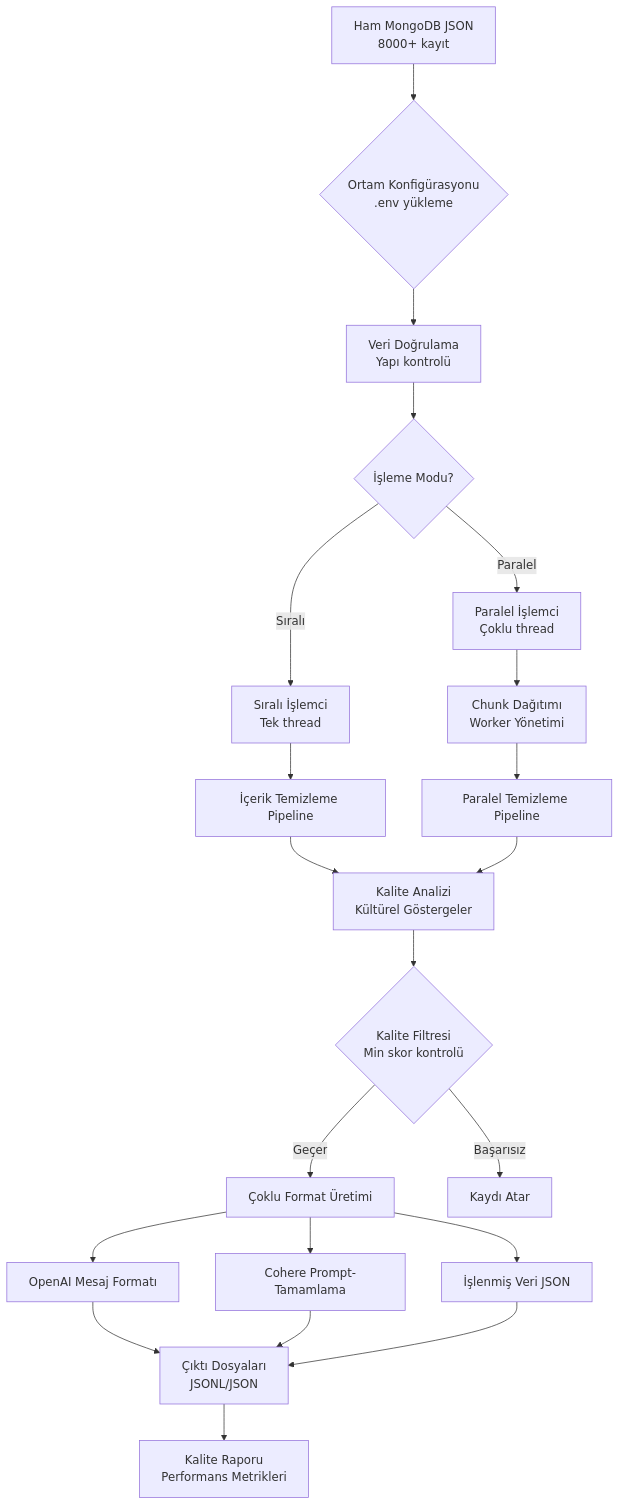
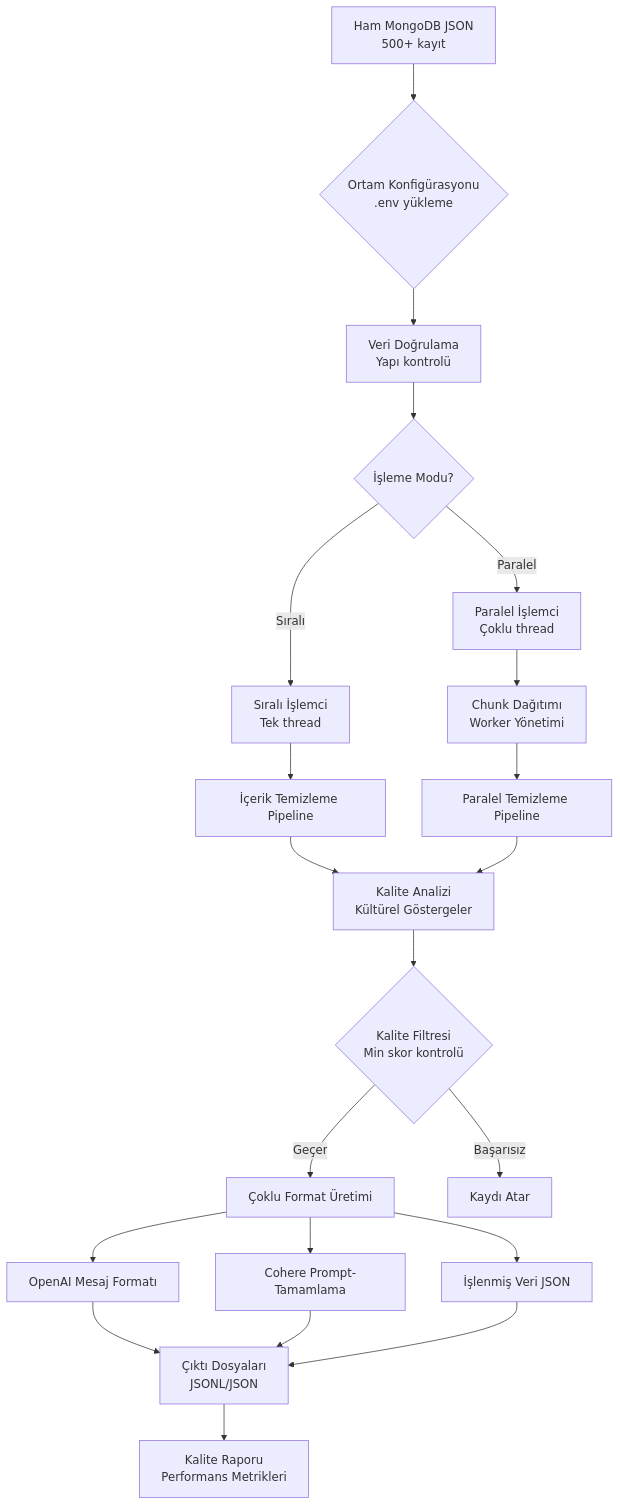
One commit to SerefRecepKeskin/turkish-dream-sft-optimizer changed the diagram in README.tr.md. Above: the diagram before and after it, drawn with Mermaid. The commit also changed 1 other file, not shown here.

Commit message:
fix: Update MongoDB record count in diagrams to reflect accurate data size

````diff
--- a/README.tr.md
+++ b/README.tr.md
@@ -38,30 +38,30 @@
 ```mermaid
 graph TB
-    A[Ham MongoDB JSON<br/>8000+ kayıt] --> B{Ortam Konfigürasyonu<br/>.env yükleme}
+    A[Ham MongoDB JSON<br/>500+ kayıt] --> B{Ortam Konfigürasyonu<br/>.env yükleme}
     B --> C[Veri Doğrulama<br/>Yapı kontrolü]
     C --> D{İşleme Modu?}
     
     D -->|Sıralı| E[Sıralı İşlemci<br/>Tek thread]
     D -->|Paralel| F[Paralel İşlemci<br/>Çoklu thread]
     
     E --> G[İçerik Temizleme Pipeline]
     F --> H[Chunk Dağıtımı<br/>Worker Yönetimi]
     H --> I[Paralel Temizleme Pipeline]
     
     G --> J[Kalite Analizi<br/>Kültürel Göstergeler]
     I --> J
     
     J --> K{Kalite Filtresi<br/>Min skor kontrolü}
     K -->|Geçer| L[Çoklu Format Üretimi]
     K -->|Başarısız| M[Kaydı Atar]
     
     L --> N[OpenAI Mesaj Formatı]
     L --> O[Cohere Prompt-Tamamlama]
     L --> P[İşlenmiş Veri JSON]
     
     N --> Q[Çıktı Dosyaları<br/>JSONL/JSON]
     O --> Q
     P --> Q
     
     Q --> R[Kalite Raporu<br/>Performans Metrikleri]
 ```
````
